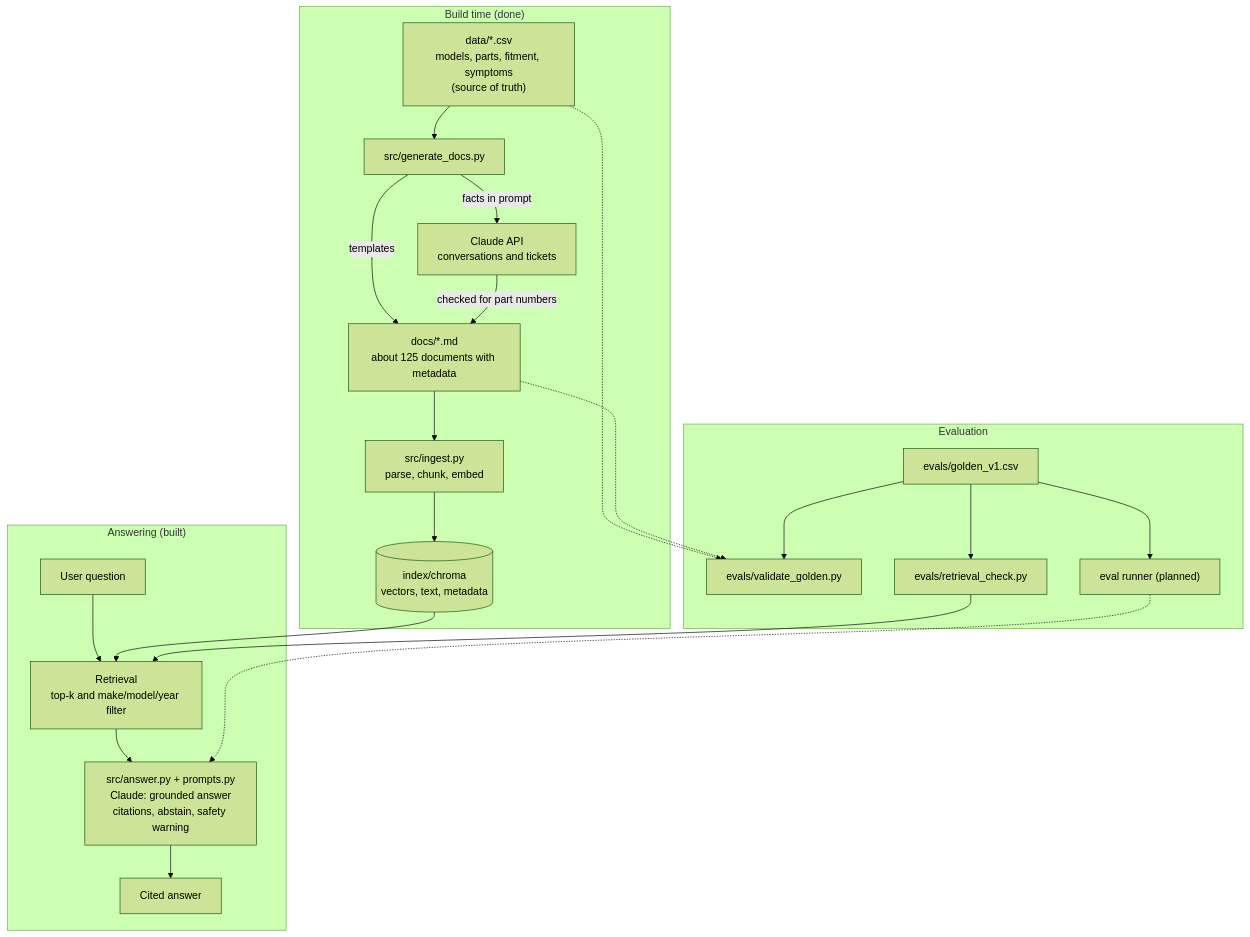
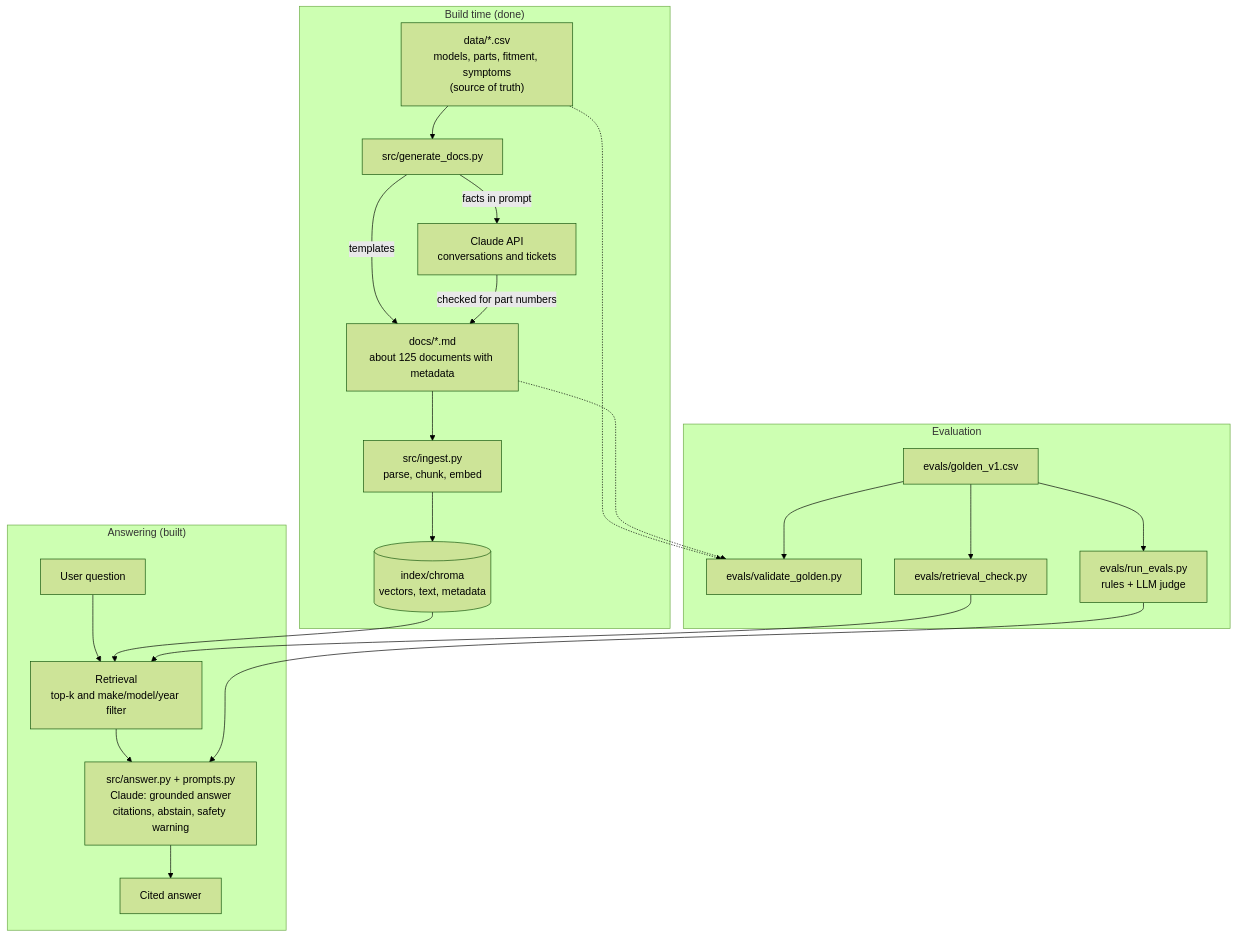
Before and after one commit to kakarla7/carassist: the first of 6 diagrams in README.md, drawn with Mermaid (forest theme). The commit also changed other lines of this file and 3 other files, not shown here.

````diff
--- a/README.md
+++ b/README.md
@@ -48,34 +48,34 @@
 ```mermaid
 flowchart TB
   subgraph BUILD["Build time (done)"]
     CSV["data/*.csv<br/>models, parts, fitment, symptoms<br/>(source of truth)"]
     GEN["src/generate_docs.py"]
     LLM["Claude API<br/>conversations and tickets"]
     DOCS["docs/*.md<br/>about 125 documents with metadata"]
     ING["src/ingest.py<br/>parse, chunk, embed"]
     IDX[("index/chroma<br/>vectors, text, metadata")]
     CSV --> GEN
     GEN -->|templates| DOCS
     GEN -->|facts in prompt| LLM
     LLM -->|checked for part numbers| DOCS
     DOCS --> ING
     ING --> IDX
   end
 
   subgraph RUN["Answering (built)"]
     Q["User question"] --> RET["Retrieval<br/>top-k and make/model/year filter"]
     IDX --> RET
     RET --> ANSW["src/answer.py + prompts.py<br/>Claude: grounded answer<br/>citations, abstain, safety warning"]
     ANSW --> OUT["Cited answer"]
   end
 
   subgraph EVAL["Evaluation"]
     GOLD["evals/golden_v1.csv"] --> VAL["evals/validate_golden.py"]
     CSV -.-> VAL
     DOCS -.-> VAL
     GOLD --> RCHK["evals/retrieval_check.py"]
     RCHK --> RET
-    GOLD --> RUNNER["eval runner (planned)"]
-    RUNNER -.-> ANSW
+    GOLD --> RUNNER["evals/run_evals.py<br/>rules + LLM judge"]
+    RUNNER --> ANSW
   end
 ```
````
